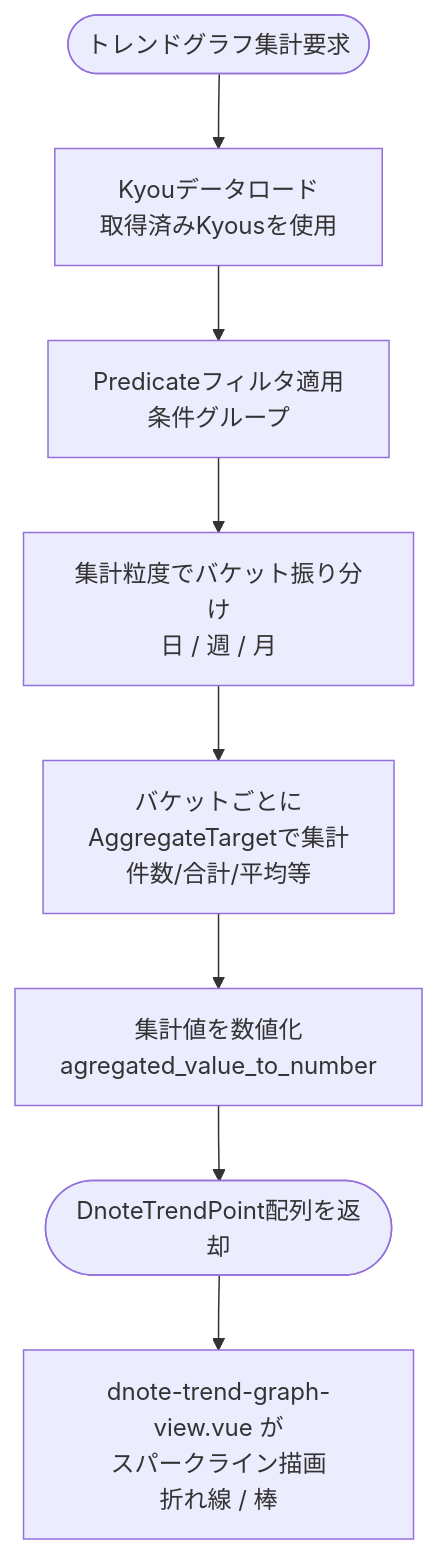
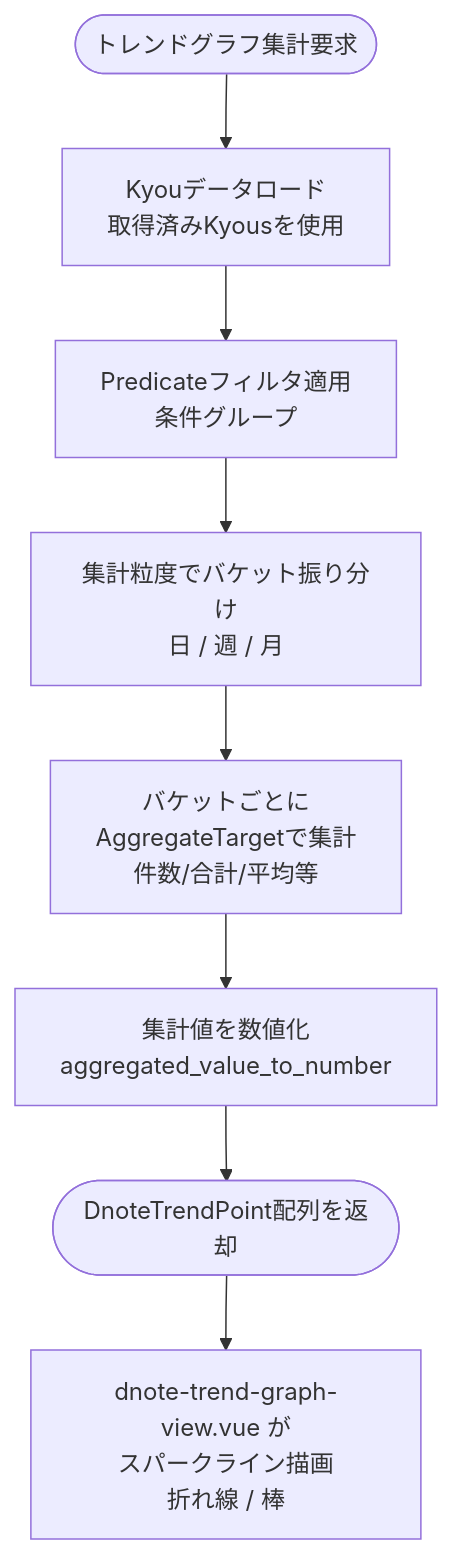
Before and after one commit to mt3hr/gkill: the sixth of 13 diagrams in documents/reverse/activity-diagrams.md, drawn with Mermaid. The commit also changed 57 other files, not shown here.

````diff
--- a/documents/reverse/activity-diagrams.md
+++ b/documents/reverse/activity-diagrams.md
@@ -209,10 +209,10 @@
 ```mermaid
 flowchart TD
     Start([トレンドグラフ集計要求]) --> LoadKyous[Kyouデータロード<br>取得済みKyousを使用]
     LoadKyous --> ApplyPredicate[Predicateフィルタ適用<br>条件グループ]
     ApplyPredicate --> Bucketize[集計粒度でバケット振り分け<br>日 / 週 / 月]
     Bucketize --> AggregatePerBucket[バケットごとに<br>AggregateTargetで集計<br>件数/合計/平均等]
-    AggregatePerBucket --> ToNumber[集計値を数値化<br>agregated_value_to_number]
+    AggregatePerBucket --> ToNumber[集計値を数値化<br>aggregated_value_to_number]
     ToNumber --> Points([DnoteTrendPoint配列を返却])
     Points --> Render[dnote-trend-graph-view.vue が<br>スパークライン描画<br>折れ線 / 棒]
 ```
````
